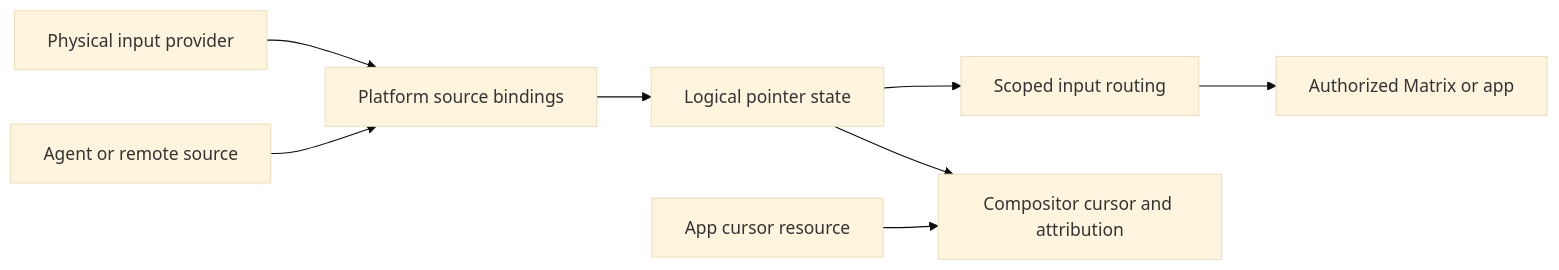
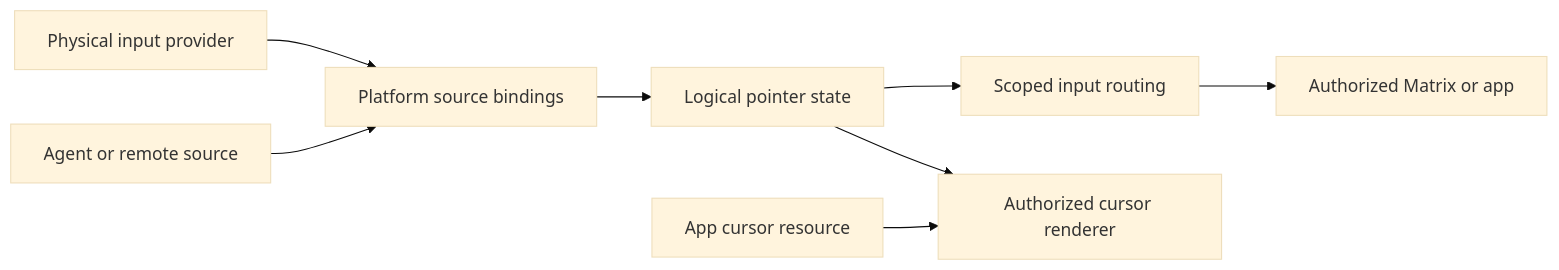
Before and after one commit to CathedralOS/Cathedral: the diagram in wiki/proposals/0001_input_and_pointer_leases.md, drawn with Mermaid (base theme). The commit also changed other lines of this file and 8 other files, not shown here.

````diff
--- a/wiki/proposals/0001_input_and_pointer_leases.md
+++ b/wiki/proposals/0001_input_and_pointer_leases.md
@@ -44,10 +47,10 @@
 ```mermaid
 flowchart LR
     hardware[Physical input provider] --> bindings[Platform source bindings]
     virtual[Agent or remote source] --> bindings
     bindings --> pointer[Logical pointer state]
     pointer --> routing[Scoped input routing]
     routing --> app[Authorized Matrix or app]
-    pointer --> visual[Compositor cursor and attribution]
+    pointer --> visual[Authorized cursor renderer]
     assets[App cursor resource] --> visual
 ```
````
